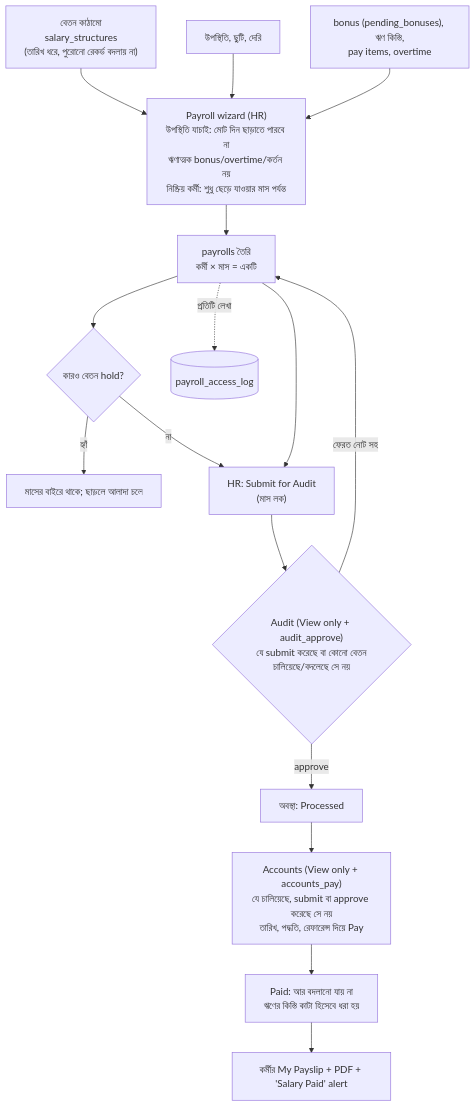
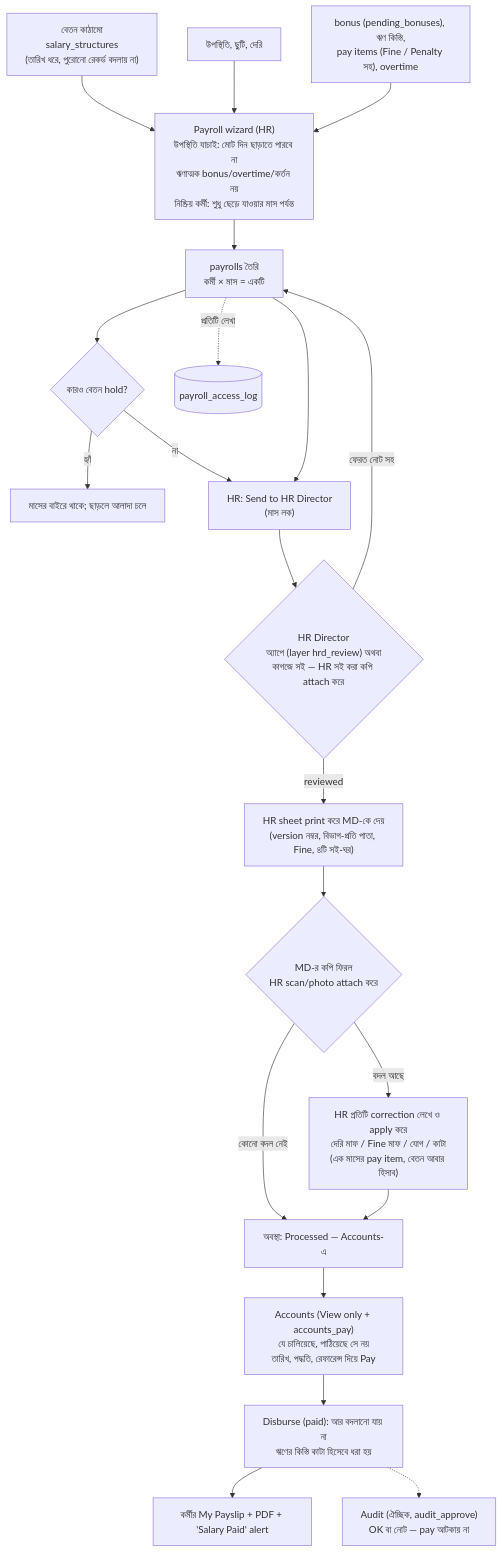
The ninth of 14 diagrams in docs/architecture/02-application-workflow.md (ruhulamencredence/CredenceHR), drawn with Mermaid before and after one commit. The commit also changed other lines of this file and 548 other files, not shown here.

````diff
--- a/docs/architecture/02-application-workflow.md
+++ b/docs/architecture/02-application-workflow.md
@@ -245,18 +256,23 @@
 ```mermaid
 flowchart TD
   SS["বেতন কাঠামো<br/>salary_structures<br/>(তারিখ ধরে, পুরোনো রেকর্ড বদলায় না)"] --> WZ
   ATW["উপস্থিতি, ছুটি, দেরি"] --> WZ
-  BN["bonus (pending_bonuses), ঋণ কিস্তি,<br/>pay items, overtime"] --> WZ
+  BN["bonus (pending_bonuses), ঋণ কিস্তি,<br/>pay items (Fine / Penalty সহ), overtime"] --> WZ
   WZ["Payroll wizard (HR)<br/>উপস্থিতি যাচাই: মোট দিন ছাড়াতে পারবে না<br/>ঋণাত্মক bonus/overtime/কর্তন নয়<br/>নিষ্ক্রিয় কর্মী: শুধু ছেড়ে যাওয়ার মাস পর্যন্ত"] --> GEN["payrolls তৈরি<br/>কর্মী × মাস = একটি"]
   GEN --> HOLD{"কারও বেতন hold?"}
   HOLD -- হ্যাঁ --> HD["মাসের বাইরে থাকে; ছাড়লে আলাদা চলে"]
   HOLD -- না --> SUB
-  GEN --> SUB["HR: Submit for Audit<br/>(মাস লক)"]
-  SUB --> AUD{"Audit (View only + audit_approve)<br/>যে submit করেছে বা কোনো বেতন<br/>চালিয়েছে/বদলেছে সে নয়"}
-  AUD -- ফেরত নোট সহ --> GEN
-  AUD -- approve --> PR["অবস্থা: Processed"]
-  PR --> PAY["Accounts (View only + accounts_pay)<br/>যে চালিয়েছে, submit বা approve করেছে সে নয়<br/>তারিখ, পদ্ধতি, রেফারেন্স দিয়ে Pay"]
-  PAY --> PD["Paid: আর বদলানো যায় না<br/>ঋণের কিস্তি কাটা হিসেবে ধরা হয়"]
+  GEN --> SUB["HR: Send to HR Director<br/>(মাস লক)"]
+  SUB --> HRD{"HR Director<br/>অ্যাপে (layer hrd_review) অথবা<br/>কাগজে সই — HR সই করা কপি attach করে"}
+  HRD -- ফেরত নোট সহ --> GEN
+  HRD -- reviewed --> MD["HR sheet print করে MD-কে দেয়<br/>(version নম্বর, বিভাগ-প্রতি পাতা, Fine, ৪টি সই-ঘর)"]
+  MD --> BACK{"MD-র কপি ফিরল<br/>HR scan/photo attach করে"}
+  BACK -- কোনো বদল নেই --> PR["অবস্থা: Processed — Accounts-এ"]
+  BACK -- বদল আছে --> COR["HR প্রতিটি correction লেখে ও apply করে<br/>দেরি মাফ / Fine মাফ / যোগ / কাটা<br/>(এক মাসের pay item, বেতন আবার হিসাব)"]
+  COR --> PR
+  PR --> PAY["Accounts (View only + accounts_pay)<br/>যে চালিয়েছে, পাঠিয়েছে সে নয়<br/>তারিখ, পদ্ধতি, রেফারেন্স দিয়ে Pay"]
+  PAY --> PD["Disburse (paid): আর বদলানো যায় না<br/>ঋণের কিস্তি কাটা হিসেবে ধরা হয়"]
   PD --> PSLIP["কর্মীর My Payslip + PDF + 'Salary Paid' alert"]
+  PD -.-> AUD["Audit (ঐচ্ছিক, audit_approve)<br/>OK বা নোট — pay আটকায় না"]
   GEN -. প্রতিটি লেখা .-> LOG[(payroll_access_log)]
 ```
````
